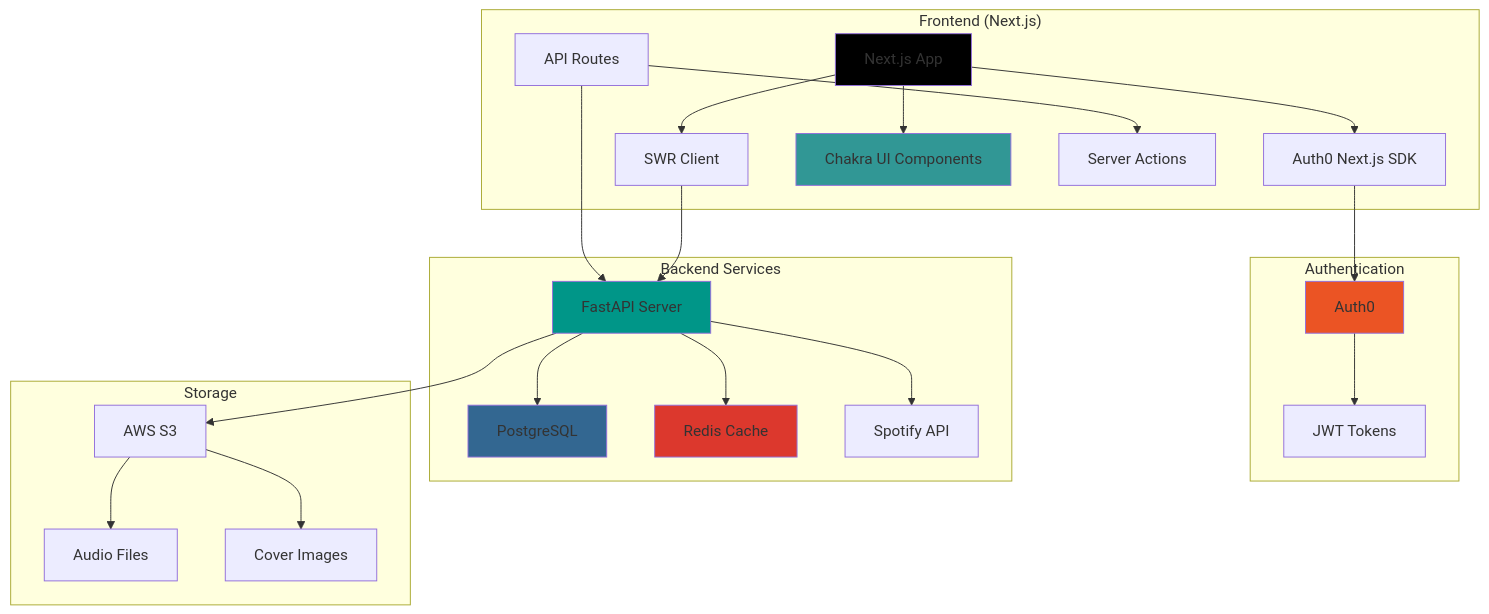
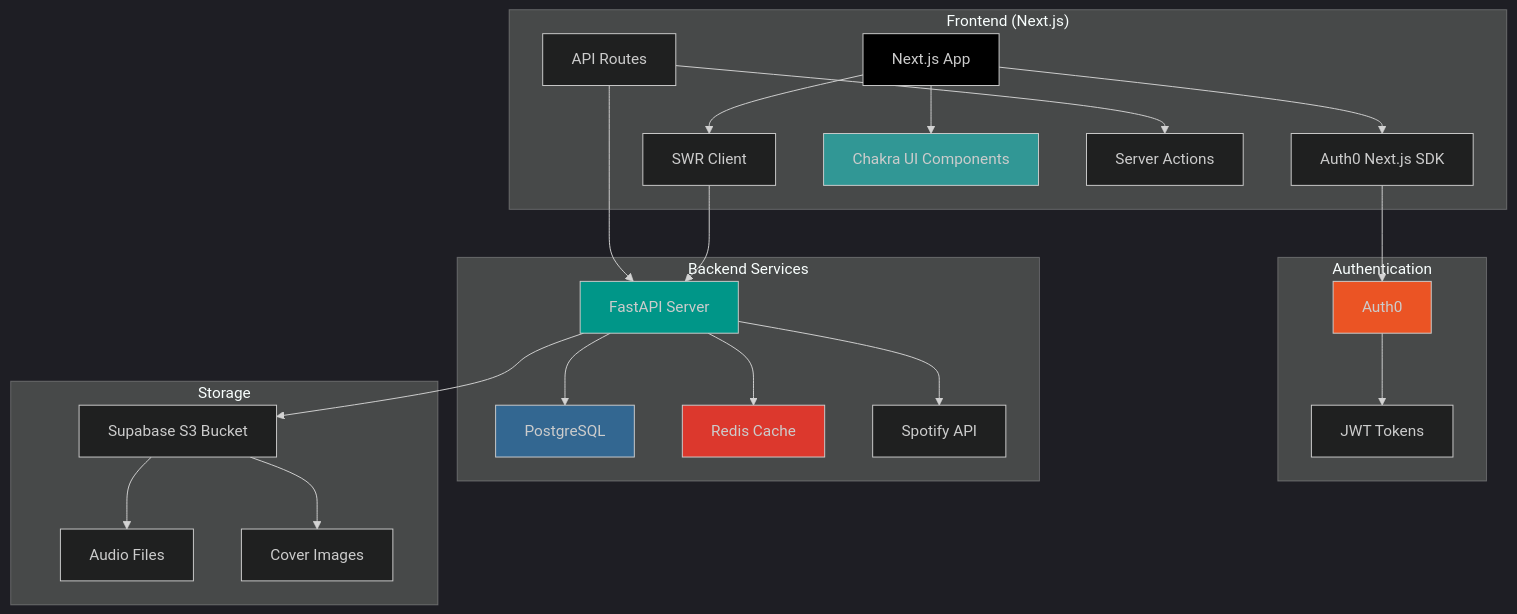
One commit to ars1mm/spotify-project changed the first of 4 diagrams in docs/architecture.md. Above: the diagram before and after it, drawn with Mermaid. The commit also changed other lines of this file and 1 other file, not shown here.

Commit message:
Update architecture and API development documentation to include detailed API strategies, endpoint examples, and security measures

````diff
--- a/docs/architecture.md
+++ b/docs/architecture.md
@@ -5,36 +5,37 @@
 ```mermaid
+%%{init: { 'theme': 'dark', 'themeVariables': { 'background': '#000000' } } }%%
 graph TB
     subgraph "Frontend (Next.js)"
         A[Next.js App] --> B[Auth0 Next.js SDK]
         A --> C[SWR Client]
         A --> D[Chakra UI Components]
         E[API Routes] --> F[Server Actions]
     end
-    
+
     subgraph "Authentication"
         G[Auth0] --> H[JWT Tokens]
     end
-    
+
     subgraph "Backend Services"
         I[FastAPI Server] --> J[PostgreSQL]
         I --> K[Redis Cache]
         I --> L[Spotify API]
     end
-    
+
     subgraph "Storage"
-        M[AWS S3] --> N[Audio Files]
+        M[Supabase S3 Bucket] --> N[Audio Files]
         M --> O[Cover Images]
     end
-    
+
     B --> G
     C --> I
     E --> I
     I --> M
-    
+
     style A fill:#000000
     style I fill:#009688
     style G fill:#eb5424
     style J fill:#336791
     style K fill:#dc382d
     style D fill:#319795
 ```
````
